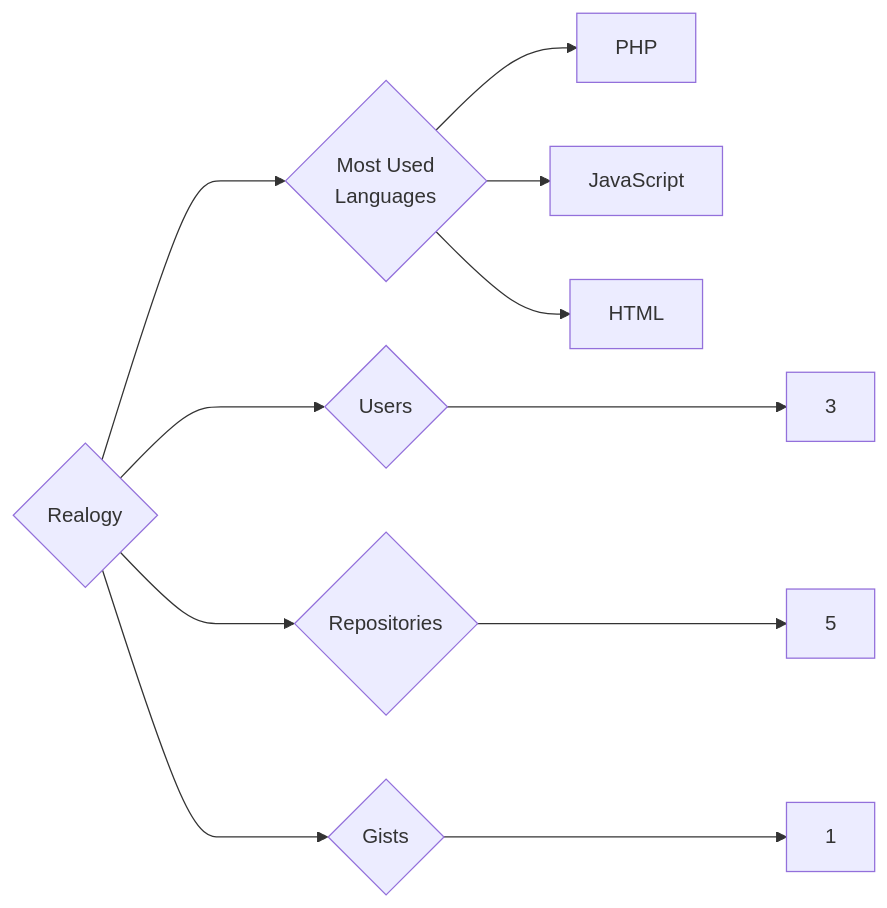
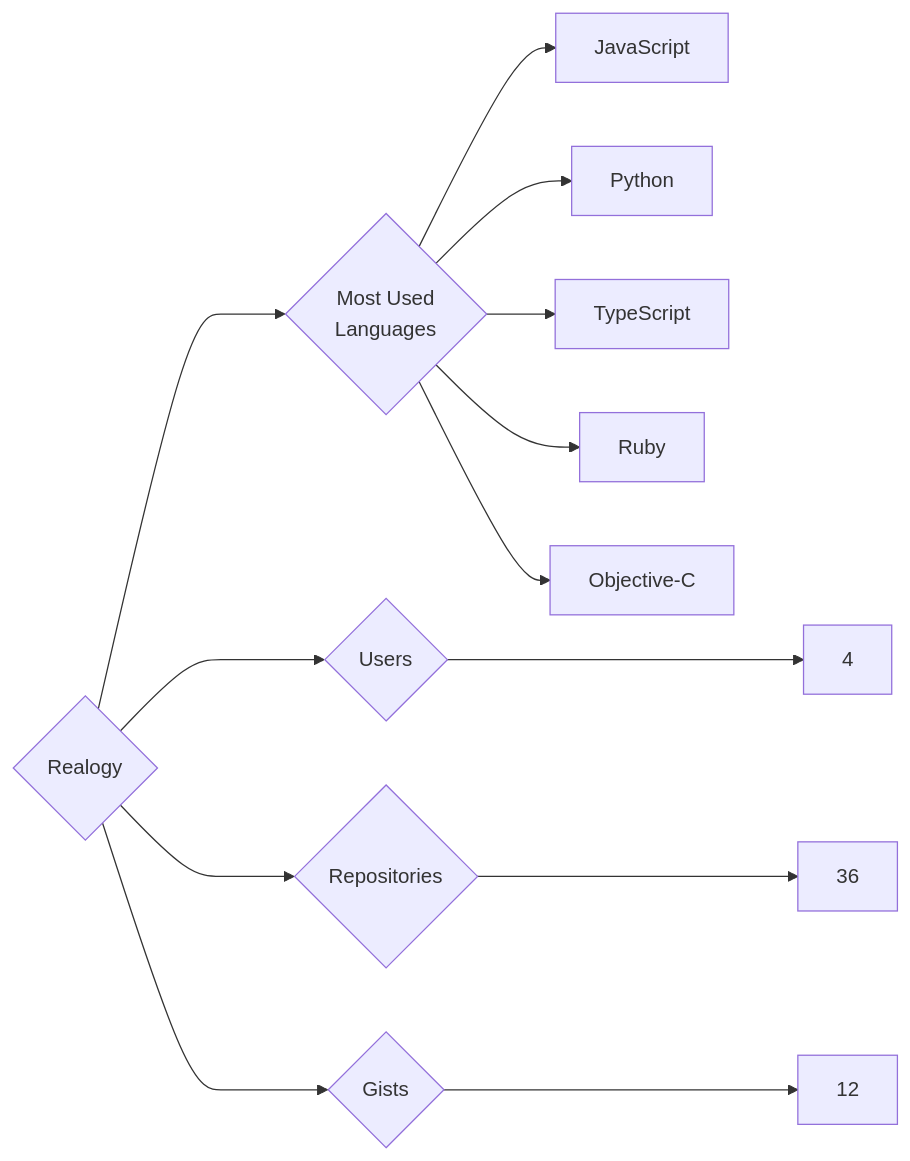
One commit to trickest/insiders changed the diagram in targets/Realogy/README.md. Above: the diagram before and after it, drawn with Mermaid. The commit also changed 534 other files, not shown here.

````diff
--- a/targets/Realogy/README.md
+++ b/targets/Realogy/README.md
@@ -3,11 +3,13 @@
 ```mermaid
 graph LR
 COMPANY_NAME{Realogy}
-COMPANY_NAME ---> U{Users} ---> UN[3]
-COMPANY_NAME ---> R{Repositories} ---> RN[5]
-COMPANY_NAME ---> G{Gists} ---> GN[1]
+COMPANY_NAME ---> U{Users} ---> UN[4]
+COMPANY_NAME ---> R{Repositories} ---> RN[36]
+COMPANY_NAME ---> G{Gists} ---> GN[12]
 COMPANY_NAME ---> ML{Most Used<br>Languages}
-ML --> PHP[PHP]
 ML --> JavaScript[JavaScript]
-ML --> HTML[HTML]
+ML --> Python[Python]
+ML --> TypeScript[TypeScript]
+ML --> Ruby[Ruby]
+ML --> Objective-C[Objective-C]
 ```
````
